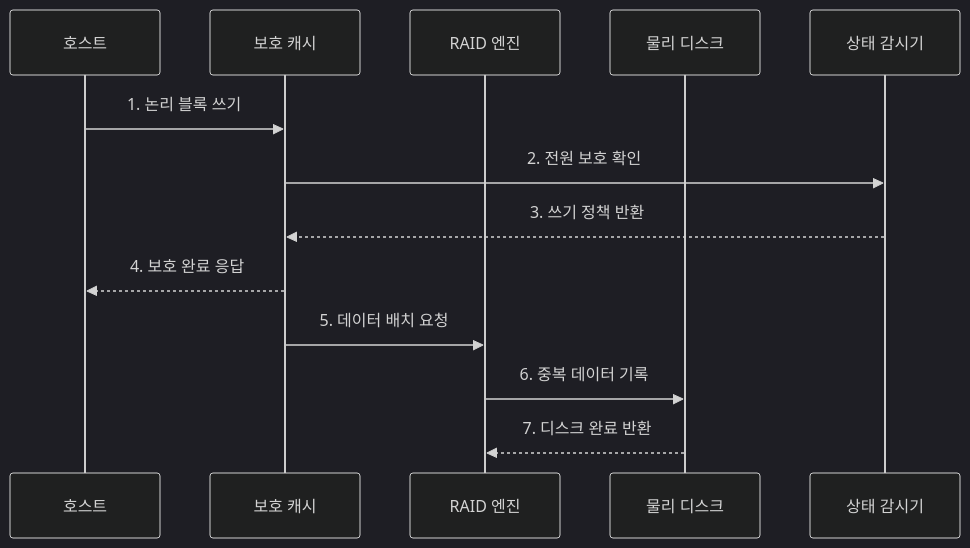
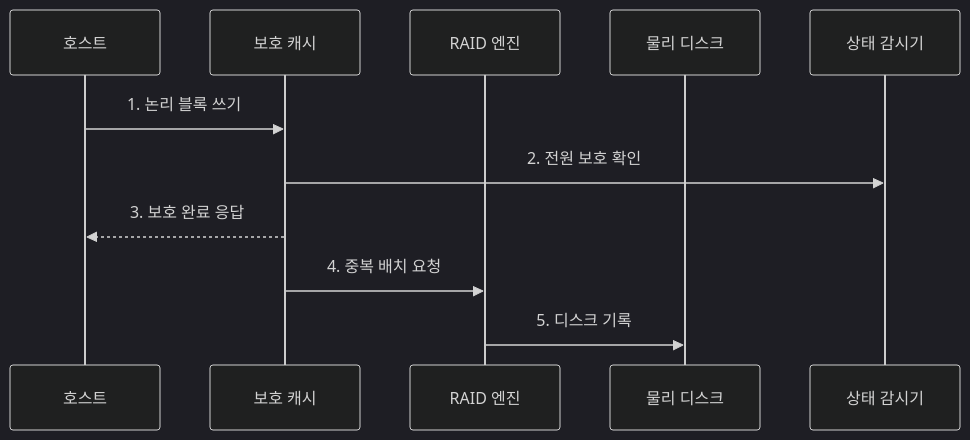
The second of 2 diagrams in src/content/docs/notes/02-hardware/092_raid_controller_jbod.md (agnusdei1207/knowledge-base), drawn with Mermaid (dark theme) before and after one commit. The commit also changed other lines of this file and 86 other files, not shown here.

````diff
--- a/src/content/docs/notes/02-hardware/092_raid_controller_jbod.md
+++ b/src/content/docs/notes/02-hardware/092_raid_controller_jbod.md
@@ -91,15 +94,13 @@
 ```mermaid
 sequenceDiagram
     participant H as 호스트
     participant C as 보호 캐시
     participant E as RAID 엔진
     participant D as 물리 디스크
     participant M as 상태 감시기
     H->>C: 1. 논리 블록 쓰기
     C->>M: 2. 전원 보호 확인
-    M-->>C: 3. 쓰기 정책 반환
-    C-->>H: 4. 보호 완료 응답
-    C->>E: 5. 데이터 배치 요청
-    E->>D: 6. 중복 데이터 기록
-    D-->>E: 7. 디스크 완료 반환
+    C-->>H: 3. 보호 완료 응답
+    C->>E: 4. 중복 배치 요청
+    E->>D: 5. 디스크 기록
 ```
````
